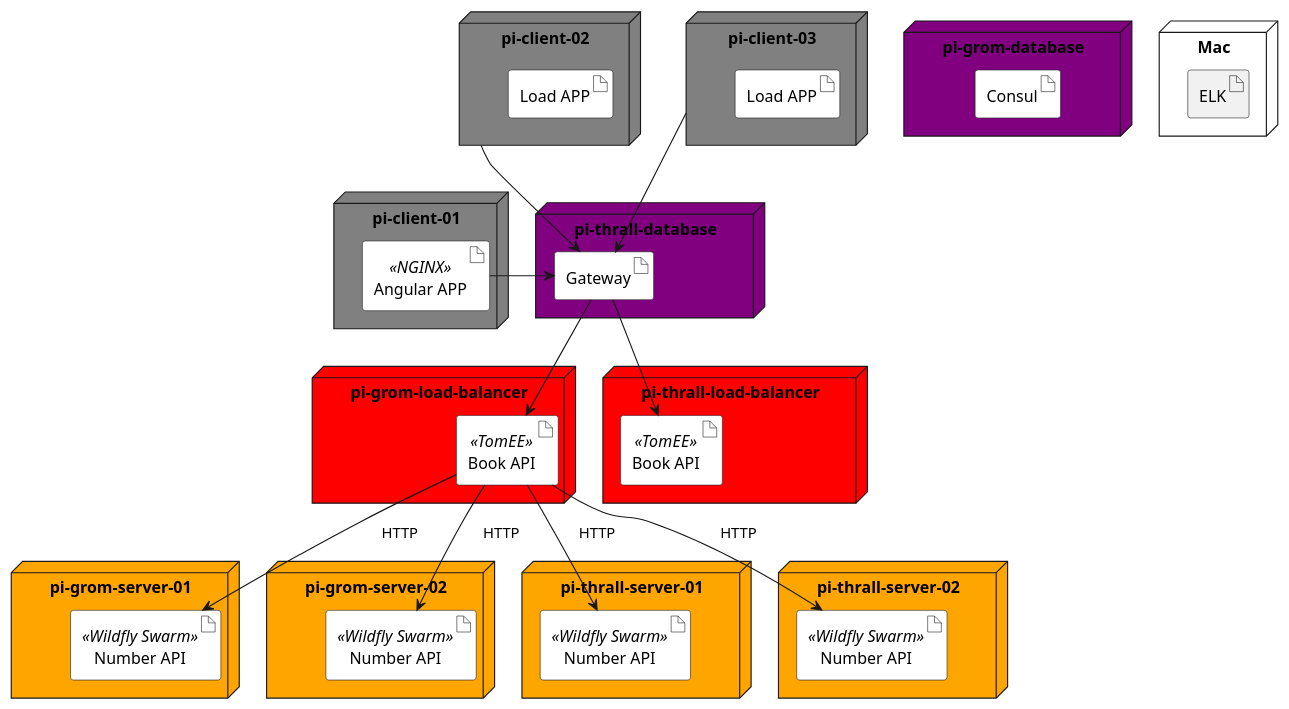
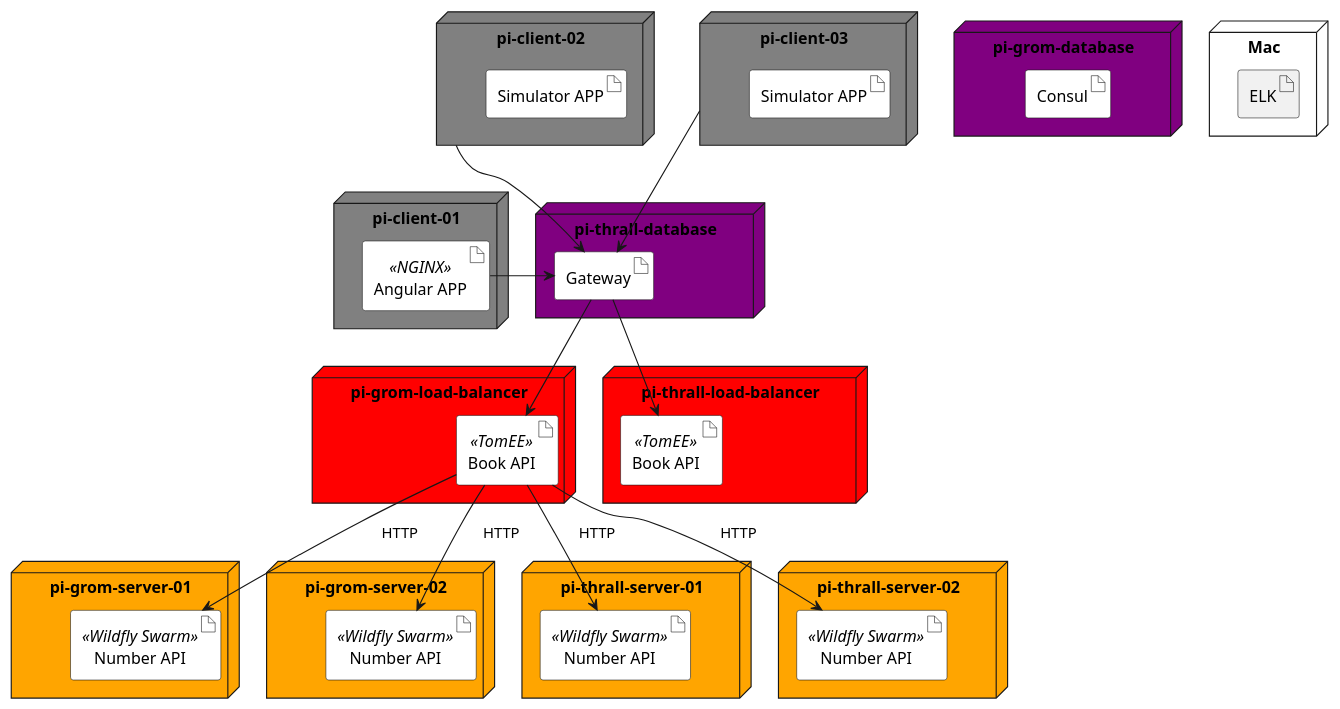
The diagram in slides/src/main/plantuml/load-architecture.puml (agoncal/baking-microservice-pie), drawn with PlantUML before and after one commit. The commit also changed 1 other file, not shown here.

Commit message:
Updating simulator

```diff
--- a/slides/src/main/plantuml/load-architecture.puml
+++ b/slides/src/main/plantuml/load-architecture.puml
@@ -1,60 +1,60 @@
 @startuml
 
 node "pi-client-02" as piclient2 #grey {
-    artifact "Load APP" as load2 #white
+    artifact "Simulator APP" as load2 #white
 }
 
 node "pi-client-03" as piclient3 #grey {
-    artifact "Load APP" as load3 #white
+    artifact "Simulator APP" as load3 #white
 }
 
 node "pi-client-01" as piclient #grey {
     artifact "Angular APP" <<NGINX>> as angular #white
 }
 
 node "pi-grom-server-01" as piserver1 #orange {
     artifact "Number API" <<Wildfly Swarm>> as numberapi #white
 }
 
 node "pi-grom-server-02" as piserver2 #orange {
     artifact "Number API" <<Wildfly Swarm>> as numberapi2 #white
 }
 
 node "pi-thrall-server-01" as piserver3 #orange {
     artifact "Number API" <<Wildfly Swarm>> as numberapi3 #white
 }
 
 node "pi-thrall-server-02" as piserver4 #orange {
     artifact "Number API" <<Wildfly Swarm>> as numberapi4 #white
 }
 
 node "pi-grom-load-balancer" as piserver5 #red {
     artifact "Book API" <<TomEE>> as bookapi #white
 }
 
 node "pi-thrall-load-balancer" as piserver6 #red {
     artifact "Book API" <<TomEE>> as bookapi2 #white
 }
 
 node "pi-grom-database" as piregistry #purple {
     artifact "Consul" as consule #white
 }
 
 node "pi-thrall-database" as pitag #purple {
     artifact "Gateway" as gateway #white
 }
 
 node "Mac" as mac {
     artifact "ELK" as elk
 }
 
 piclient2 --> gateway
 piclient3 --> gateway
 angular -> gateway
 gateway --> bookapi
 gateway --> bookapi2
 bookapi --> numberapi: "     HTTP      "
 bookapi --> numberapi2: "     HTTP      "
 bookapi --> numberapi3: "     HTTP      "
 bookapi --> numberapi4: "     HTTP      "
 @enduml
```
